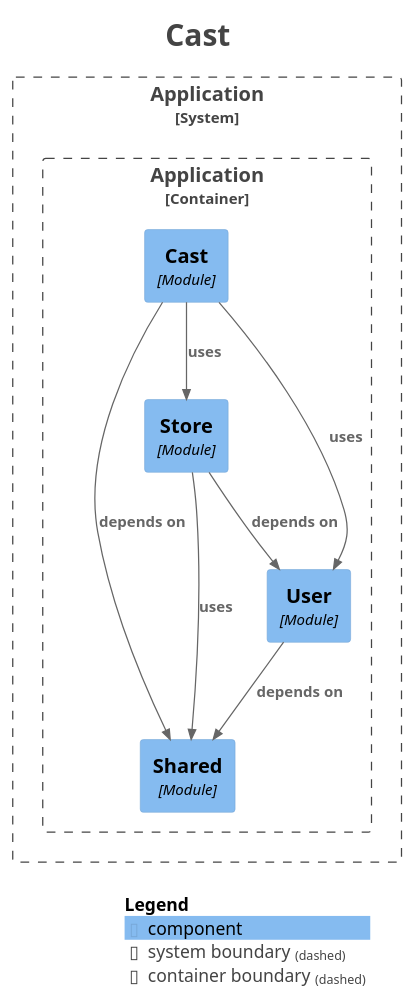
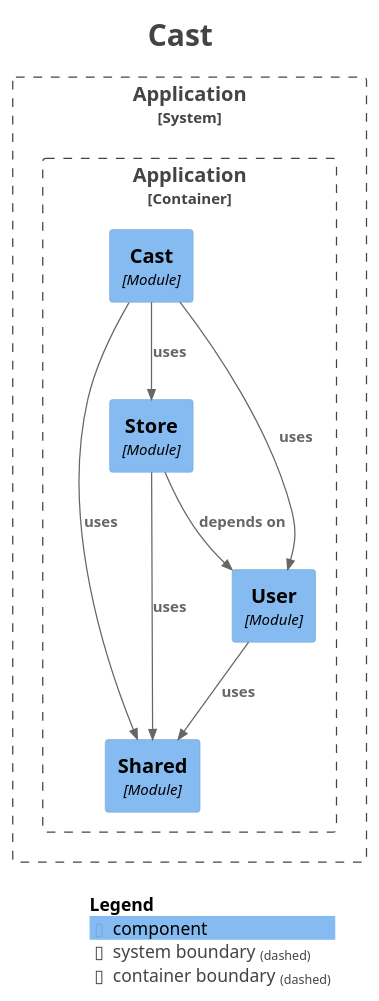
Before and after one commit to kanghouchao/Kizuna: the diagram in backend/docs/modulith/module-cast.puml, drawn with PlantUML. The commit also changed 81 other files, not shown here.

```diff
--- a/backend/docs/modulith/module-cast.puml
+++ b/backend/docs/modulith/module-cast.puml
@@ -1,37 +1,37 @@
 @startuml
 title <size:24>Cast</size>
 
 set separator none
 top to bottom direction
 
 <style>
   root {
     BackgroundColor: #ffffff
     FontColor: #444444
   }
 </style>
 
 !include <C4/C4>
 !include <C4/C4_Context>
 !include <C4/C4_Component>
 
 System_Boundary("Application_boundary", "Application", $tags="") {
   Container_Boundary("Application.Application_boundary", "Application", $tags="") {
     Component(Application.Application.Store, "Store", $techn="Module", $descr="", $tags="", $link="")
     Component(Application.Application.Cast, "Cast", $techn="Module", $descr="", $tags="", $link="")
     Component(Application.Application.Shared, "Shared", $techn="Module", $descr="", $tags="", $link="")
     Component(Application.Application.User, "User", $techn="Module", $descr="", $tags="", $link="")
   }
 
 }
 
 Rel(Application.Application.Store, Application.Application.User, "depends on", $techn="", $tags="", $link="")
 Rel(Application.Application.Store, Application.Application.Shared, "uses", $techn="", $tags="", $link="")
-Rel(Application.Application.User, Application.Application.Shared, "depends on", $techn="", $tags="", $link="")
-Rel(Application.Application.Cast, Application.Application.Shared, "depends on", $techn="", $tags="", $link="")
 Rel(Application.Application.Cast, Application.Application.User, "uses", $techn="", $tags="", $link="")
 Rel(Application.Application.Cast, Application.Application.Store, "uses", $techn="", $tags="", $link="")
+Rel(Application.Application.Cast, Application.Application.Shared, "uses", $techn="", $tags="", $link="")
+Rel(Application.Application.User, Application.Application.Shared, "uses", $techn="", $tags="", $link="")
 
 SHOW_LEGEND(true)
 hide stereotypes
 @enduml
```
